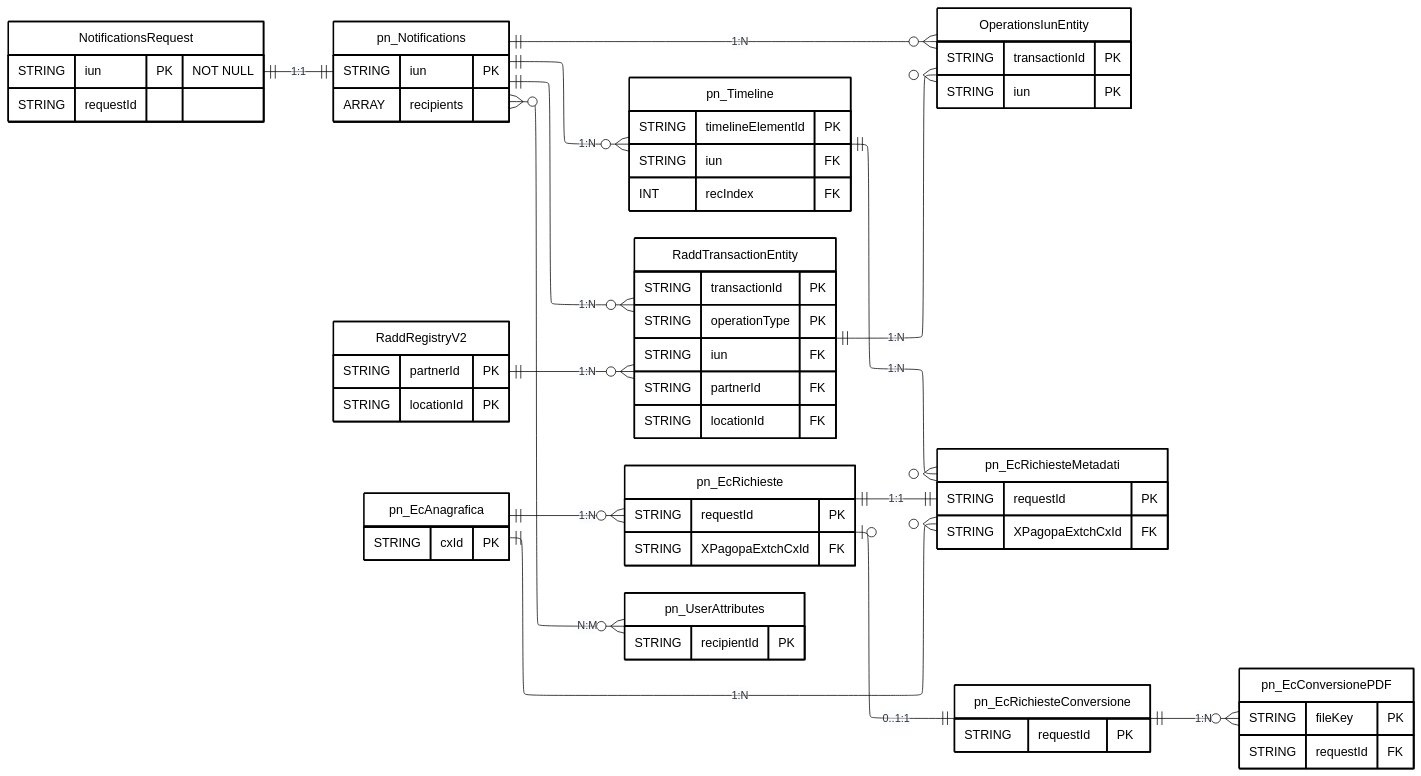
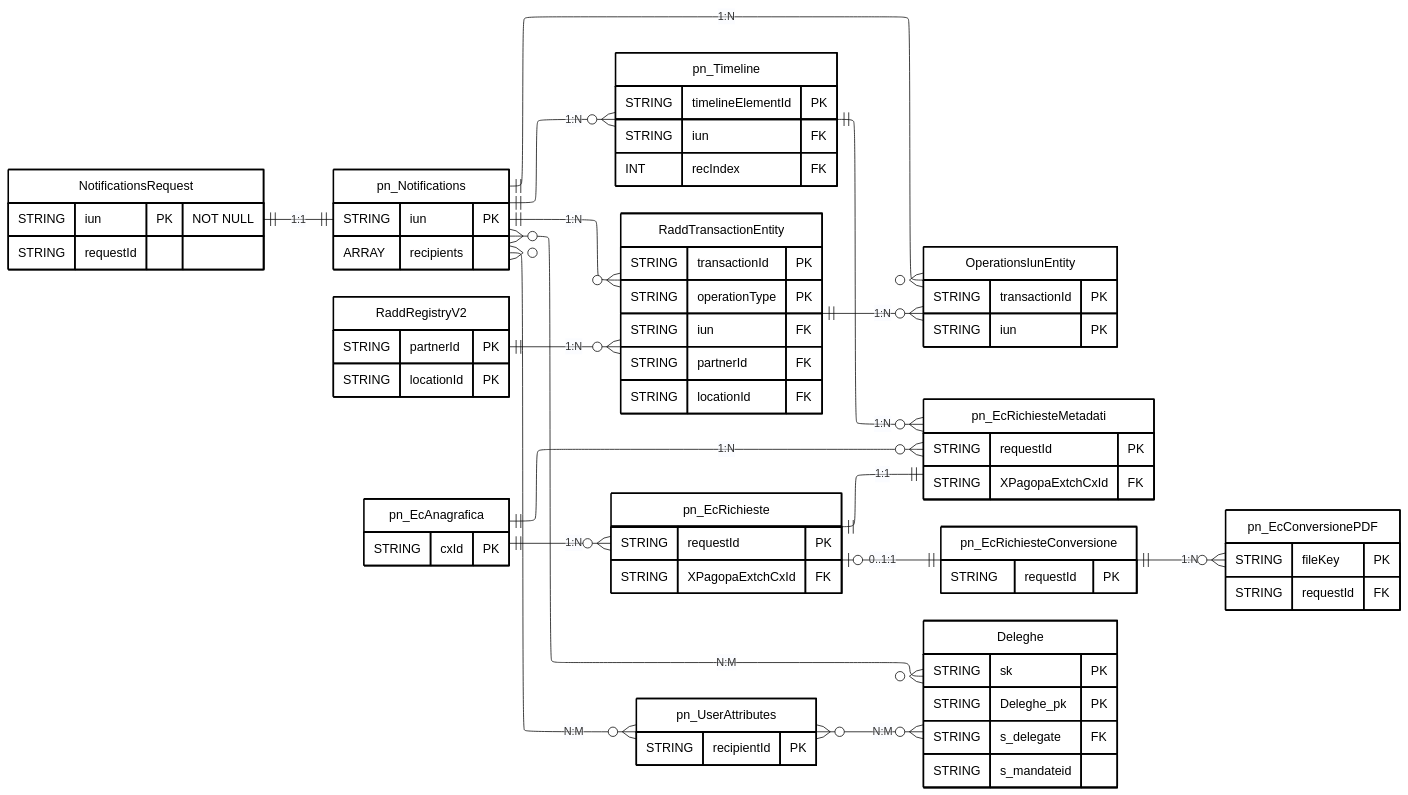
One commit to pagopa/pn-metrics changed the diagram in send_diagrams/data-models/send_er_model.mmd. Above: the diagram before and after it, drawn with Mermaid. The commit also changed 1 other file, not shown here.

Commit message:
SNDM-204: update ER model for deleghe_v_0_0_2
SNDM-204: update ER model for deleghe_v_0_0_2

```diff
--- a/send_diagrams/data-models/send_er_model.mmd
+++ b/send_diagrams/data-models/send_er_model.mmd
@@ -1,161 +1,182 @@
 ---
 config:
   layout: elk
   theme: base
 ---
 erDiagram
 
     %% diagram version: 1.0.0
 
     %% sources:
     %% - dc-pn-Notifications.yaml
     %%   id: urn:send:pn:notifications
     %%   version: 0.0.1
     %% - dc-pn-timeline.yaml
     %%   id: urn:send:pn:timelines
     %%   version: 0.0.1
     %% - dc-radd-transaction-entity.yaml
     %%   id: urn:send:radd-alt:dc-radd-transaction-entity
     %%   version: 0.0.1
     %% - dc-radd-registry.yaml
     %%   id: urn:send:radd-alt:dc-radd-registry
     %%   version: 0.0.1
     %% - dc-operations-iuns-entity.yaml
     %%   id: urn:send:radd-alt:dc-operations-iuns-entity
     %%   version: 0.0.1
     %% - dc-pn-EcRichiesteMetadati.yaml
     %%   id: urn:send:postalizzazione:pn-ecrichiestemetadati
     %%   version: 0.0.1
     %% - dc-pn-user-attributes.yaml
     %%   id: urn:send:recapiti-deleghe:user-attributes
     %%   version: 0.0.1
+    %% - dc-pn-mandate.yaml
+    %%   id: urn:send:recapiti-deleghe:mandate
+    %%   version: 0.0.2
 
     %% CONVENZIONI
     %% - Sono riportate esclusivamente le entità principali
     %% - Sono riportati solamente attributi PK e FK
     %% - Le cardinalità derivano dai diagrammi di dettaglio dei singoli domini
     %% - I commenti descrivono la logica di correlazione tra le entità
 
     Direction LR
 
     NotificationsRequest {
         STRING iun PK "NOT NULL"
         STRING requestId
     }
 
     pn_Notifications {
         STRING iun PK
         ARRAY recipients
     }
 
     pn_Timeline {
         STRING timelineElementId PK
         STRING iun FK
         INT recIndex FK
     }
 
     RaddRegistryV2 {
         STRING partnerId PK
         STRING locationId PK
     }
 
     RaddTransactionEntity {
         STRING transactionId PK
         STRING operationType PK
         STRING iun FK
         STRING partnerId FK
         STRING locationId FK
     }
 
     OperationsIunEntity {
         STRING transactionId PK
         STRING iun PK
     }
 
     pn_EcAnagrafica {
         STRING cxId PK
     }
 
     pn_EcRichieste {
         STRING requestId PK
         STRING XPagopaExtchCxId FK
     }
 
     pn_EcRichiesteMetadati {
         STRING requestId PK
         STRING XPagopaExtchCxId FK
     }
 
     pn_EcRichiesteConversione {
         STRING requestId PK
     }
 
     pn_EcConversionePDF {
         STRING fileKey PK
         STRING requestId FK
     }
 
     pn_UserAttributes {
         STRING recipientId PK
     }
 
+    Deleghe {
+        STRING sk PK
+        STRING Deleghe_pk PK
+        STRING s_delegate FK
+        STRING s_mandateid
+    }
+
     %% RELAZIONI
 
     NotificationsRequest ||--|| pn_Notifications : "1:1"
 
     %% RaddTransactionEntity.transactionId = OperationsIunEntity.transactionId
     RaddTransactionEntity ||--o{ OperationsIunEntity : "1:N"
 
     %% RaddRegistryV2.partnerId = RaddTransactionEntity.partnerId AND RaddRegistryV2.locationId = RaddTransactionEntity.locationId
     RaddRegistryV2 ||--o{ RaddTransactionEntity : "1:N"
 
     %% Operazioni ACT: stampa atti notificati
     %% pn_Notifications.iun = RaddTransactionEntity.iun
     pn_Notifications ||--o{ RaddTransactionEntity : "1:N"
 
     %% Operazioni AOR: accesso a notifica per irreperibile
     %% OperationsIunEntity.iun = pn_Notifications.iun
     pn_Notifications ||--o{ OperationsIunEntity : "1:N"
 
     %% Join a livello di notifica: pn_Notifications.iun = pn_Timeline.iun
     %% Join a livello di destinatario: pn_Notifications.iun = pn_Timeline.iun AND pn_Timeline.recIndex identifica il destinatario della notifica
     pn_Notifications ||--o{ pn_Timeline : "1:N"
 
     %% pn_Notifications.recipients[].recipientId = UserAttributes.recipientId
     %% Una notifica può avere più destinatari e un destinatario può comparire in più notifiche
     pn_Notifications }o--o{ pn_UserAttributes : "N:M"
 
     %% pn_EcRichieste.XPagopaExtchCxId = pn_EcAnagrafica.cxId
     pn_EcAnagrafica ||--o{ pn_EcRichieste : "1:N"
 
     %% pn_EcRichiesteMetadati.XPagopaExtchCxId = pn_EcAnagrafica.cxId
     pn_EcAnagrafica ||--o{ pn_EcRichiesteMetadati : "1:N"
 
     %% pn_EcRichieste.requestId = pn_EcRichiesteMetadati.requestId
     pn_EcRichieste ||--|| pn_EcRichiesteMetadati : "1:1"
 
     %% pn_EcRichieste.requestId = pn_EcRichiesteConversione.requestId
     pn_EcRichieste o|--|| pn_EcRichiesteConversione : "0..1:1"
 
     %% pn_EcConversionePDF.requestId = pn_EcRichiesteConversione.requestId
     pn_EcRichiesteConversione ||--o{ pn_EcConversionePDF : "1:N"
 
     %% pn_Timeline.timelineElementId = transform(pn_EcRichiesteMetadati.requestId)
     %% (rimozione prefisso fino a "~", PREPARE_* -> SEND_*, rimozione suffisso .PCRETRY_<n>)
     %% Un elemento timeline può essere associato a più record di postalizzazione (retry)
     pn_Timeline ||--o{ pn_EcRichiesteMetadati : "1:N"
 
+    %% Deleghe.Deleghe_pk = pn_UserAttributes.recipientId (delegante)
+    %% Deleghe.s_delegate = pn_UserAttributes.recipientId (delegato)
+    %% Nota: I campi Deleghe_pk e s_delegate non sono esportati nel Data Lake tramite dc-pn-mandate.yaml.
+    %%       Sono tuttavia verificabili tramite pn_mandate_json_view in Athena.
+    pn_UserAttributes }o--o{ Deleghe : "N:M"
+
+    %% Deleghe.a_iuns[].iun = pn_Notifications.iun
+    %% Relazione valorizzata principalmente per deleghe CIE
+    Deleghe }o--o{ pn_Notifications : "N:M"
+
     %% STILE
 
     style NotificationsRequest fill:#FFFFFF,stroke:#000000,stroke-width:2px,color:#000000
     style pn_UserAttributes fill:#FFFFFF,stroke:#000000,stroke-width:2px,color:#000000
     style pn_Notifications fill:#FFFFFF,stroke:#000000,stroke-width:2px,color:#000000
     style pn_Timeline fill:#FFFFFF,stroke:#000000,stroke-width:2px,color:#000000
     style RaddRegistryV2 fill:#FFFFFF,stroke:#000000,stroke-width:2px,color:#000000
     style RaddTransactionEntity fill:#FFFFFF,stroke:#000000,stroke-width:2px,color:#000000
     style OperationsIunEntity fill:#FFFFFF,stroke:#000000,stroke-width:2px,color:#000000
     style pn_EcAnagrafica fill:#FFFFFF,stroke:#000000,stroke-width:2px,color:#000000
     style pn_EcRichieste fill:#FFFFFF,stroke:#000000,stroke-width:2px,color:#000000
     style pn_EcRichiesteMetadati fill:#FFFFFF,stroke:#000000,stroke-width:2px,color:#000000
     style pn_EcRichiesteConversione fill:#FFFFFF,stroke:#000000,stroke-width:2px,color:#000000
     style pn_EcConversionePDF fill:#FFFFFF,stroke:#000000,stroke-width:2px,color:#000000
+    style Deleghe fill:#FFFFFF,stroke:#000000,stroke-width:2px,color:#000000
```
